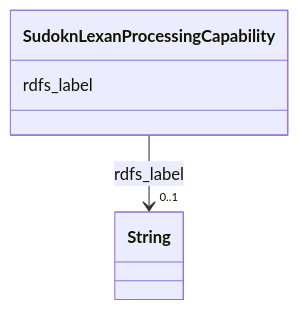
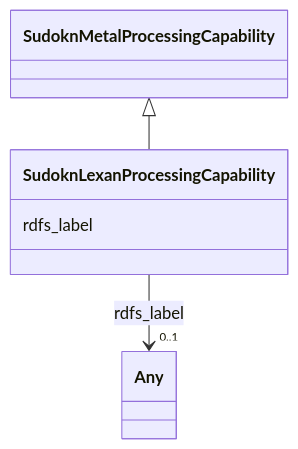
One commit to frink-okn/graph-descriptions changed the diagram in sudokn-kg/classes/SudoknLexanProcessingCapability.md. Above: the diagram before and after it, drawn with Mermaid. The commit also changed other lines of this file and 903 other files, not shown here.

````diff
--- a/sudokn-kg/classes/SudoknLexanProcessingCapability.md
+++ b/sudokn-kg/classes/SudoknLexanProcessingCapability.md
@@ -23,15 +18,18 @@
 ```mermaid
  classDiagram
     class SudoknLexanProcessingCapability
     click SudoknLexanProcessingCapability href "../SudoknLexanProcessingCapability"
+      SudoknMetalProcessingCapability <|-- SudoknLexanProcessingCapability
+        click SudoknMetalProcessingCapability href "../SudoknMetalProcessingCapability"
+      
       SudoknLexanProcessingCapability : rdfs_label
         
           
     
     
-    SudoknLexanProcessingCapability --> "0..1" String : rdfs_label
-    click String href "../String"
+    SudoknLexanProcessingCapability --> "0..1" Any : rdfs_label
+    click Any href "../Any"
 
         
       
 ```
````
